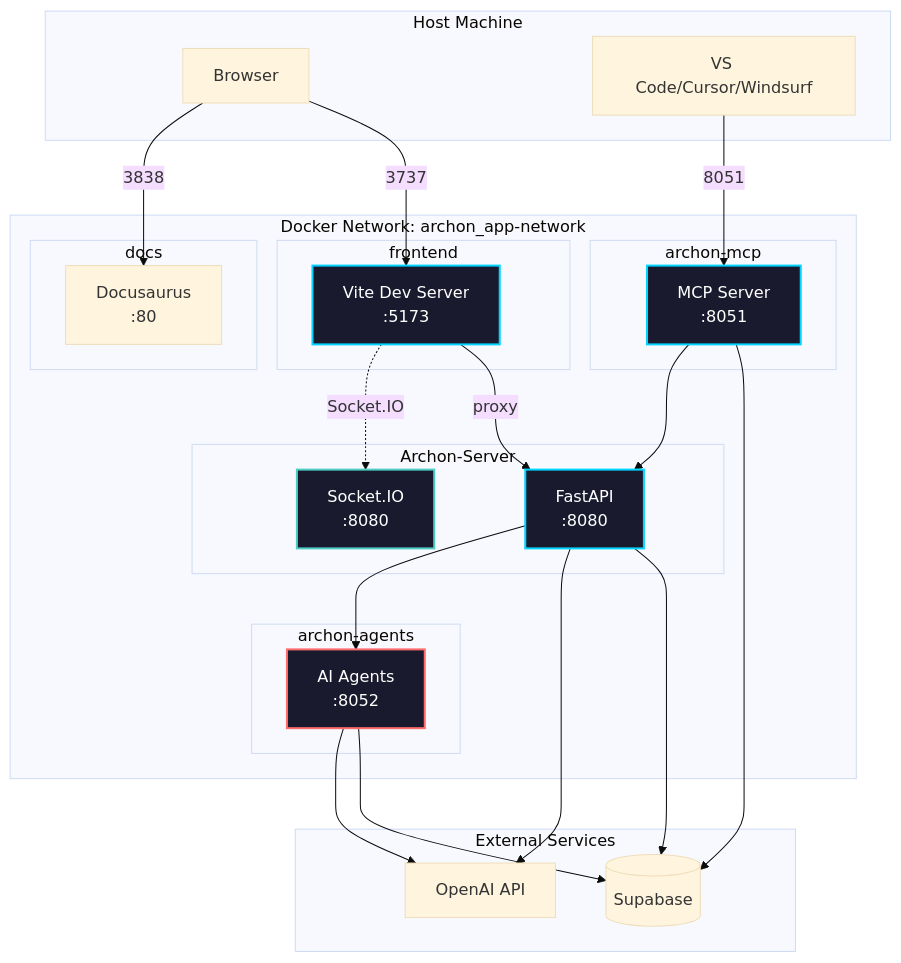
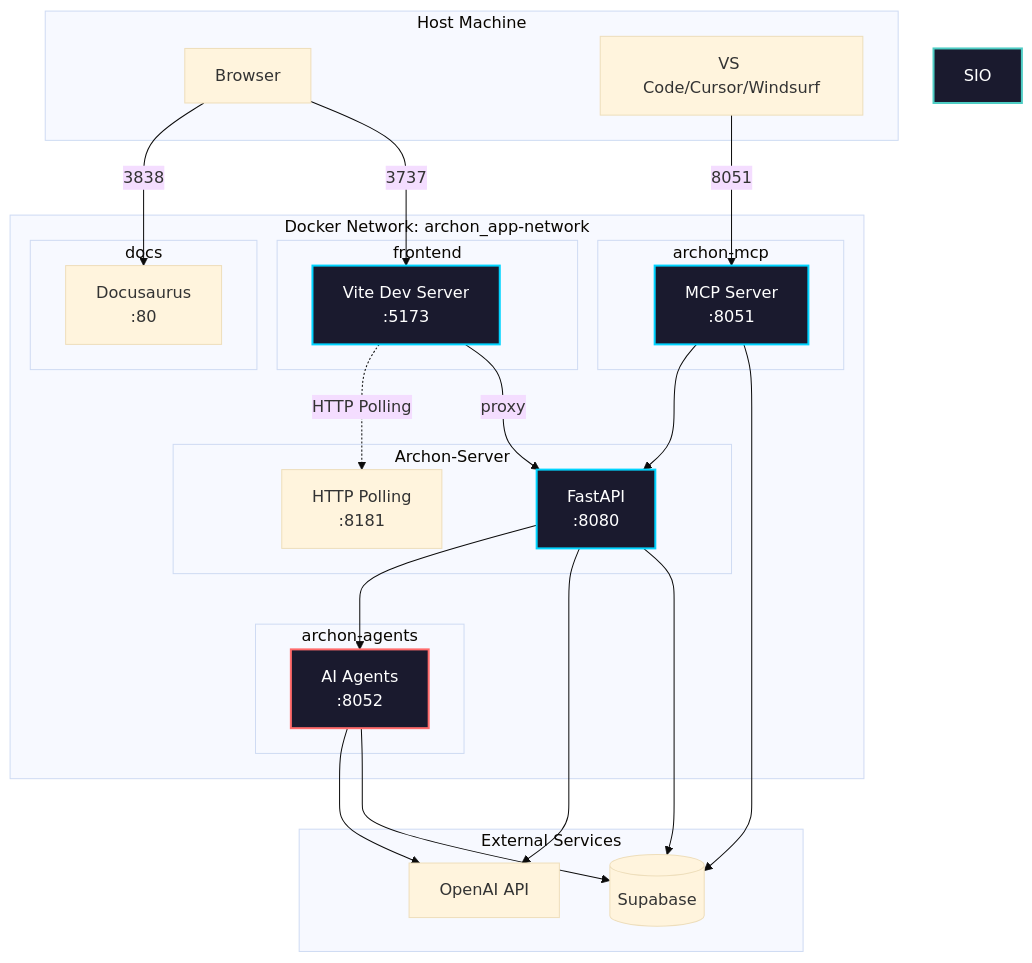
Before and after one commit to blueray32/Archon: the diagram in docs/docs/configuration.mdx, drawn with Mermaid (base theme). The commit also changed other lines of this file and 181 other files, not shown here.

````diff
--- a/docs/docs/configuration.mdx
+++ b/docs/docs/configuration.mdx
@@ -19,55 +19,55 @@
 ```mermaid
 graph TB
     subgraph "Docker Network: archon_app-network"
         subgraph "Archon-Server"
             API[FastAPI<br/>:8080]
-            SIO[Socket.IO<br/>:8080]
+            POLL[HTTP Polling<br/>:8181]
         end
         
         subgraph "archon-mcp"
             MCP[MCP Server<br/>:8051]
         end
         
         subgraph "archon-agents"
             Agents[AI Agents<br/>:8052]
         end
         
         subgraph "frontend"
             Vite[Vite Dev Server<br/>:5173]
         end
         
         subgraph "docs"
             Docusaurus[Docusaurus<br/>:80]
         end
     end
     
     subgraph "Host Machine"
         Browser[Browser]
         IDE[VS Code/Cursor/Windsurf]
     end
     
     subgraph "External Services"
         Supabase[(Supabase)]
         OpenAI[OpenAI API]
     end
     
     Browser -->|3737| Vite
     Browser -->|3838| Docusaurus
     IDE -->|8051| MCP
     
     Vite -->|proxy| API
-    Vite -.->|Socket.IO| SIO
+    Vite -.->|HTTP Polling| POLL
     API --> Supabase
     API --> OpenAI
     API --> Agents
     MCP --> Supabase
     MCP --> API
     Agents --> Supabase
     Agents --> OpenAI
     
     style API fill:#1a1a2e,stroke:#00d4ff,stroke-width:2px,color:#fff
     style SIO fill:#1a1a2e,stroke:#4ecdc4,stroke-width:2px,color:#fff
     style MCP fill:#1a1a2e,stroke:#00d4ff,stroke-width:2px,color:#fff
     style Agents fill:#1a1a2e,stroke:#ff6b6b,stroke-width:2px,color:#fff
     style Vite fill:#1a1a2e,stroke:#00d4ff,stroke-width:2px,color:#fff
 ```
````
